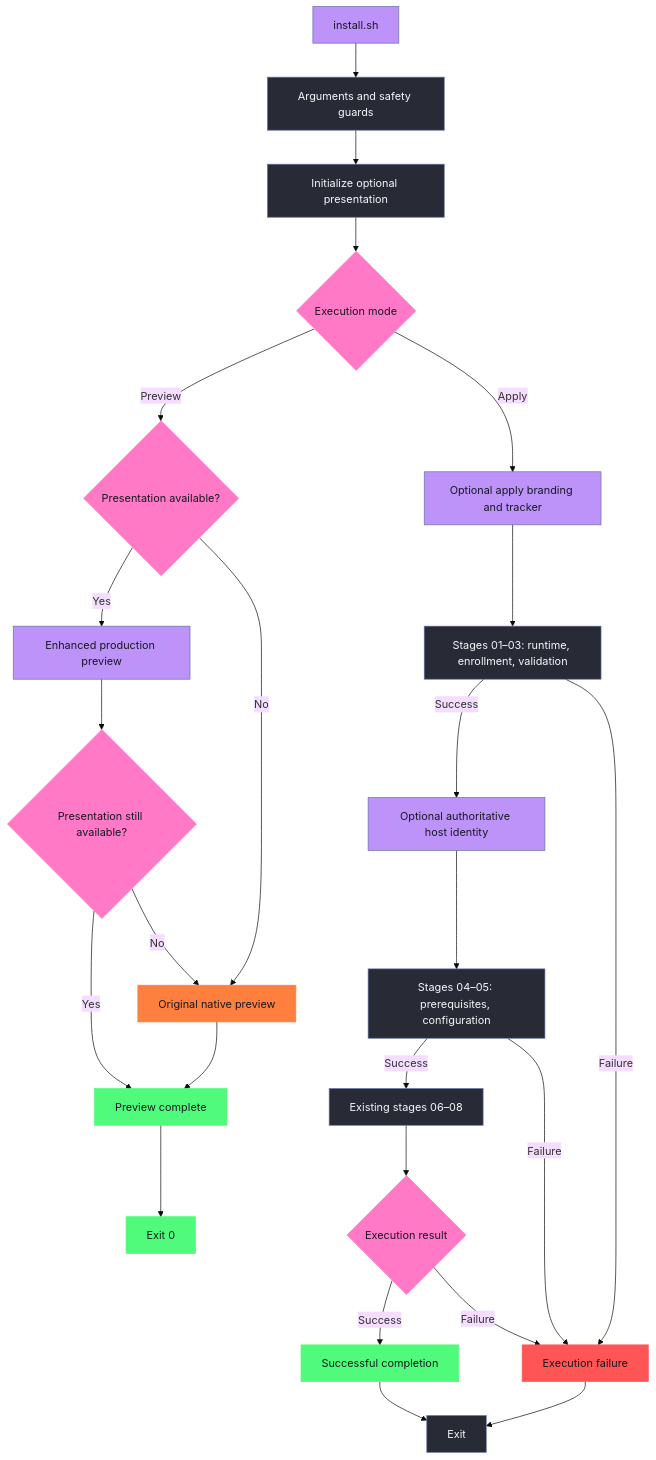
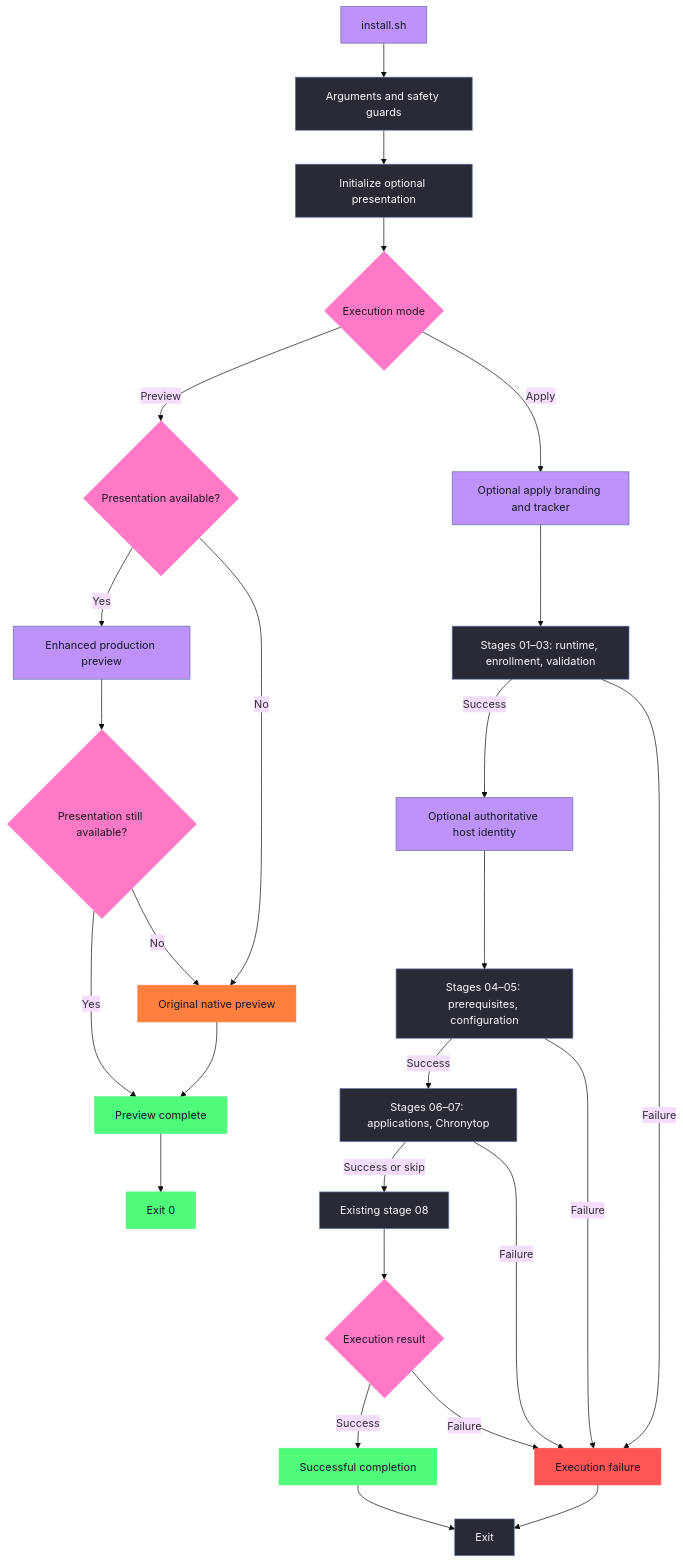
The second of 2 diagrams in README.md (calico88x/novalabs-dotfiles), drawn with Mermaid (base theme) before and after one commit. The commit also changed other lines of this file and 3 other files, not shown here.

````diff
--- a/README.md
+++ b/README.md
@@ -432,40 +432,42 @@
 ```mermaid
 flowchart TD
     A["install.sh"] --> B["Arguments and safety guards"]
     B --> C["Initialize optional presentation"]
     C --> D{"Execution mode"}
     D -->|Preview| E{"Presentation available?"}
     E -->|Yes| F["Enhanced production preview"]
     E -->|No| G["Original native preview"]
     F --> H{"Presentation still available?"}
     H -->|Yes| I["Preview complete"]
     H -->|No| G
     G --> I
     D -->|Apply| P["Optional apply branding and tracker"]
     P --> Q["Stages 01–03: runtime, enrollment, validation"]
     Q -->|Success| R["Optional authoritative host identity"]
     R --> S["Stages 04–05: prerequisites, configuration"]
-    S -->|Success| J["Existing stages 06–08"]
+    S -->|Success| T["Stages 06–07: applications, Chronytop"]
+    T -->|Success or skip| J["Existing stage 08"]
+    T -->|Failure| M
     S -->|Failure| M
     Q -->|Failure| M
     J --> K{"Execution result"}
     K -->|Success| L["Successful completion"]
     K -->|Failure| M["Execution failure"]
     I --> N["Exit 0"]
     L --> O["Exit"]
     M --> O
 
     classDef brand fill:#BD93F9,stroke:#6272A4,color:#161923
     classDef success fill:#50FA7B,stroke:#50FA7B,color:#161923
     classDef failure fill:#FF5555,stroke:#FF5555,color:#161923
     classDef decision fill:#FF79C6,stroke:#FF79C6,color:#161923
     classDef process fill:#282A36,stroke:#6272A4,color:#F7F7FB
     classDef fallback fill:#FF7F3F,stroke:#FF7F3F,color:#161923
 
     class A,F,P,R brand
     class I,L,N success
     class M failure
     class D,E,H,K decision
-    class B,C,J,O,Q,S process
+    class B,C,J,O,Q,S,T process
     class G fallback
 ```
````
